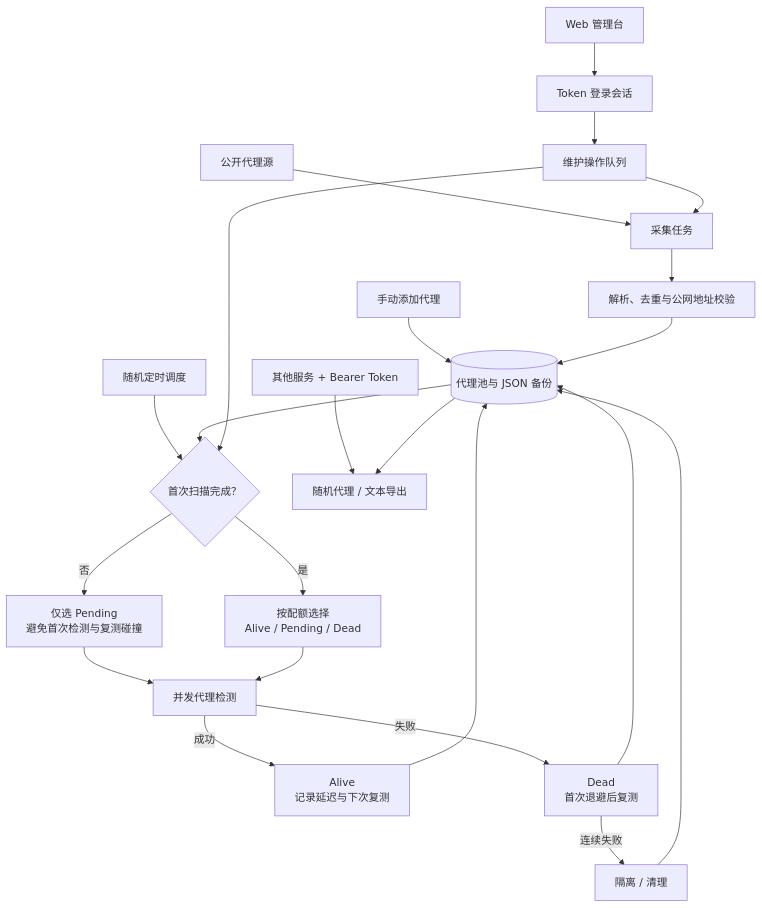
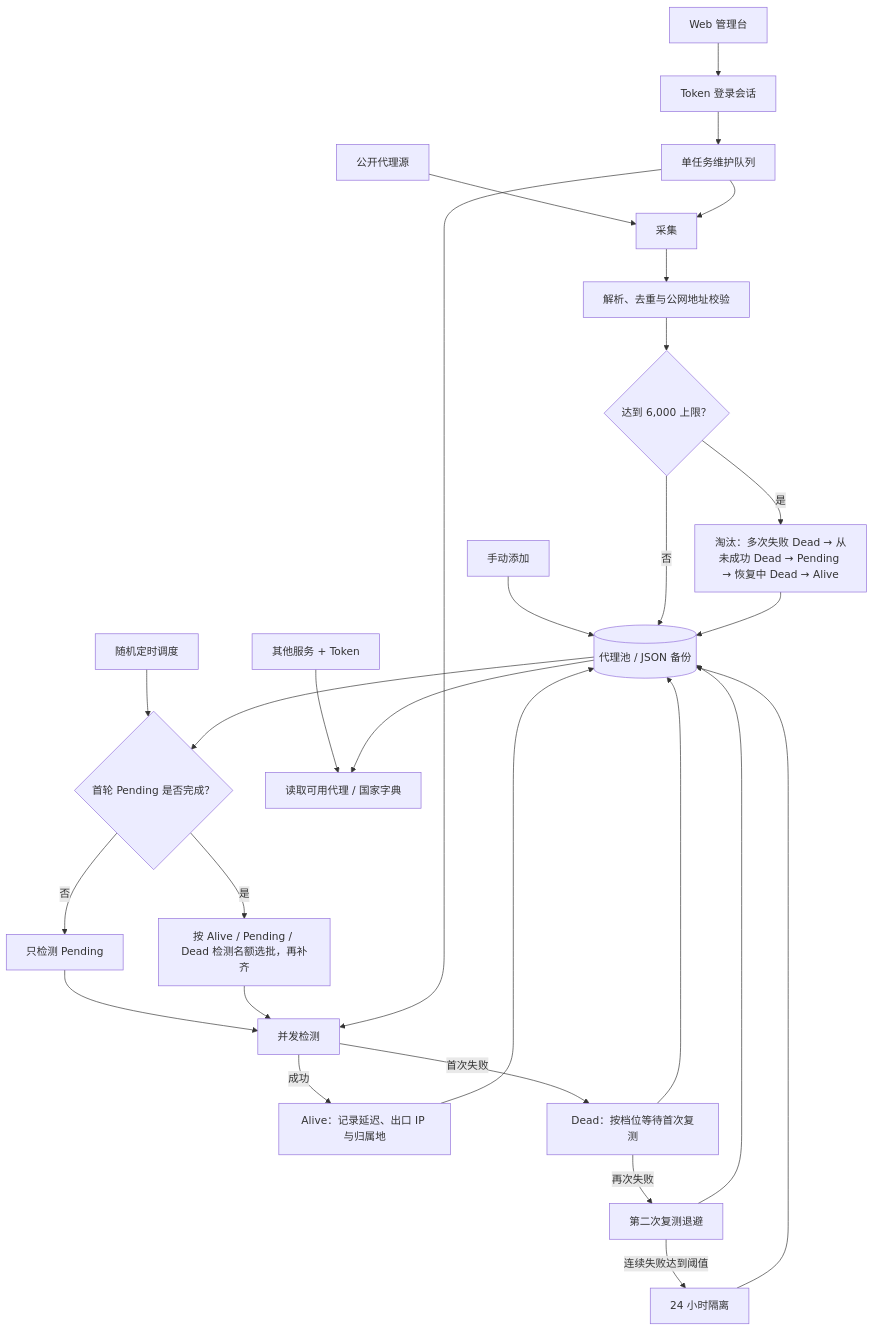
Before and after one commit to yzyao/proxySiu: the diagram in README.md, drawn with Mermaid. The commit also changed other lines of this file and 10 other files, not shown here.

````diff
--- a/README.md
+++ b/README.md
@@ -16,28 +16,32 @@
 ```mermaid
 flowchart TD
-    Sources[公开代理源] --> Scan[采集任务]
-    Manual[手动添加代理] --> Pool
+    Sources[公开代理源] --> Scan[采集]
+    Manual[手动添加] --> Pool[(代理池 / JSON 备份)]
     Scan --> Parse[解析、去重与公网地址校验]
-    Parse --> Pool[(代理池与 JSON 备份)]
+    Parse --> Capacity{达到 6,000 上限？}
+    Capacity -->|否| Pool
+    Capacity -->|是| Evict[淘汰：多次失败 Dead → 从未成功 Dead → Pending → 恢复中 Dead → Alive]
+    Evict --> Pool
 
-    Timer[随机定时调度] --> Planner{首次扫描完成？}
-    Pool --> Planner
-    Planner -->|否| PendingOnly[仅选 Pending\n避免首次检测与复测碰撞]
-    Planner -->|是| Quotas[按配额选择\nAlive / Pending / Dead]
-    PendingOnly --> Check[并发代理检测]
-    Quotas --> Check
-
-    Check -->|成功| Alive[Alive\n记录延迟与下次复测]
-    Check -->|失败| Retry[Dead\n首次退避后复测]
-    Retry -->|连续失败| Quarantine[隔离 / 清理]
+    Timer[随机定时调度] --> Bootstrap{首轮 Pending 是否完成？}
+    Pool --> Bootstrap
+    Bootstrap -->|否| First[只检测 Pending]
+    Bootstrap -->|是| Batch[按 Alive / Pending / Dead 检测名额选批，再补齐]
+    First --> Check[并发检测]
+    Batch --> Check
+    Check -->|成功| Alive[Alive：记录延迟、出口 IP 与归属地]
+    Check -->|首次失败| Dead1[Dead：按档位等待首次复测]
+    Dead1 -->|再次失败| Dead2[第二次复测退避]
+    Dead2 -->|连续失败达到阈值| Quarantine[24 小时隔离]
     Alive --> Pool
-    Retry --> Pool
+    Dead1 --> Pool
+    Dead2 --> Pool
     Quarantine --> Pool
 
     Web[Web 管理台] --> Session[Token 登录会话]
-    Session --> Actions[维护操作队列]
-    Actions --> Scan
-    Actions --> Planner
-    Service[其他服务 + Bearer Token] --> ReadAPI[随机代理 / 文本导出]
+    Session --> Queue[单任务维护队列]
+    Queue --> Scan
+    Queue --> Check
+    Service[其他服务 + Token] --> ReadAPI[读取可用代理 / 国家字典]
     Pool --> ReadAPI
 ```
````
